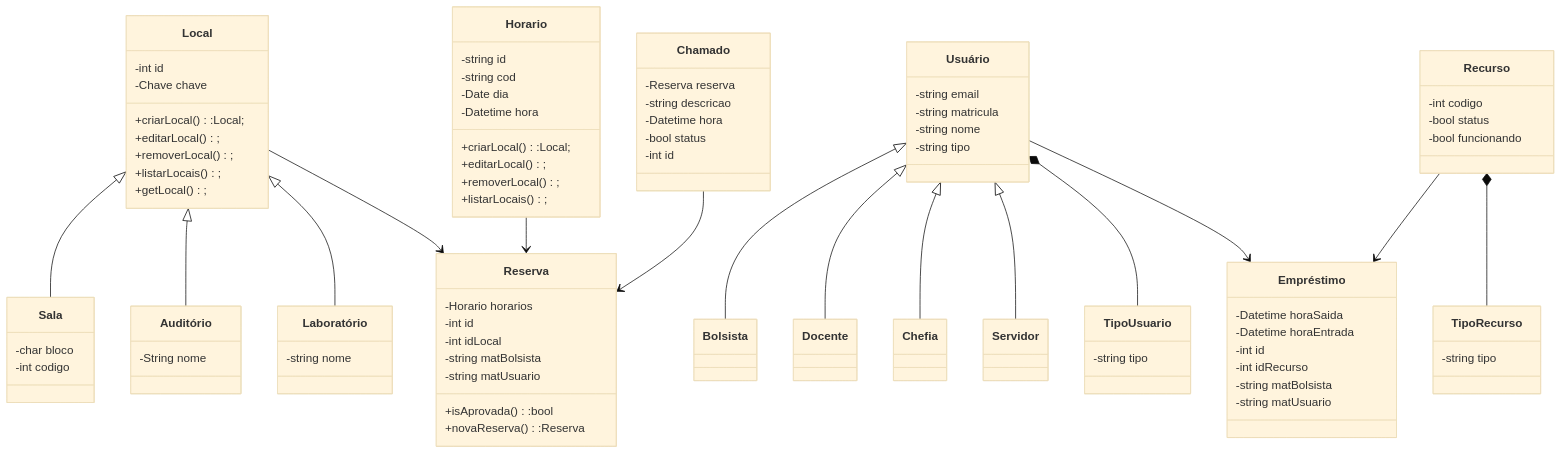
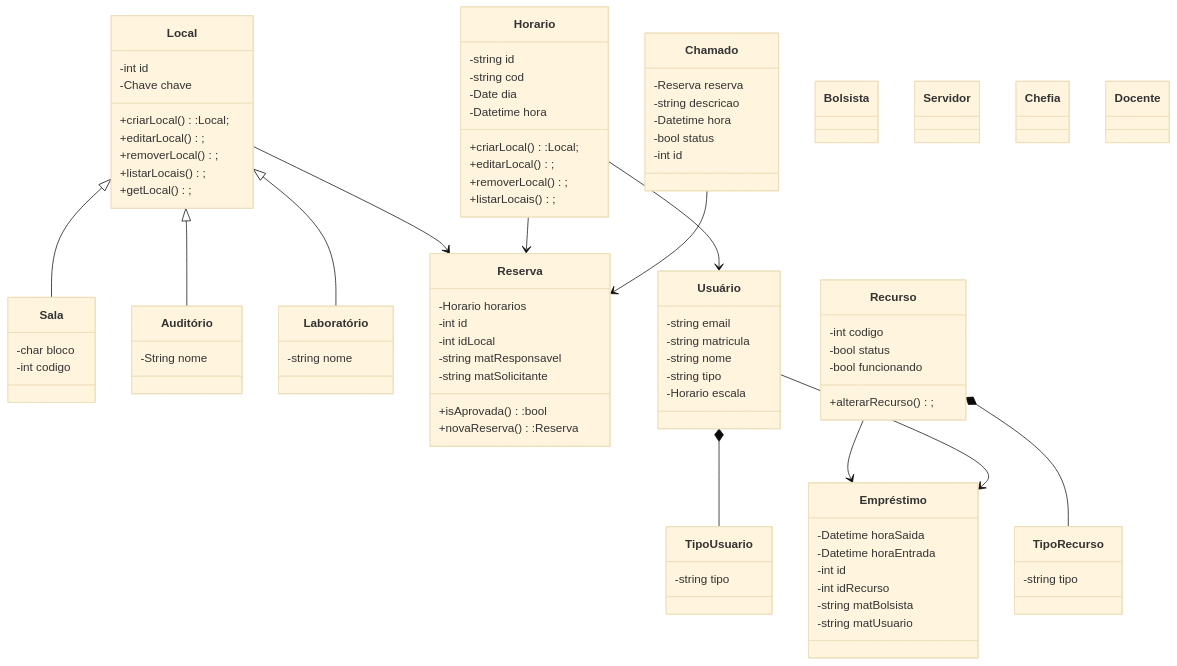
The diagram in docs/diagramadeclasse.md (tgo-mas/SIGApoio), drawn with Mermaid (base theme) before and after one commit.

Commit message:
atualização diagramadeclasse

```diff
--- a/docs/diagramadeclasse.md
+++ b/docs/diagramadeclasse.md
@@ -5,22 +5,28 @@
     Local <|-- Auditório
     Local <|-- Laboratório
 
-    Usuário <|-- Bolsista
-    Usuário <|-- Docente
-    Usuário <|-- Chefia
-    Usuário <|-- Servidor
+    %% Reserva <|-- Usuário
+    %% Usuário <|-- Bolsista
+    %% Usuário <|-- Docente
+    %% Usuário <|-- Chefia
+    %% Usuário <|-- Servidor
+
 
 
 
     Local --> Reserva
     Horario --> Reserva
+
     Chamado --> Reserva
+    Horario --> Usuário
 
     Recurso *-- TipoRecurso
     Usuário *-- TipoUsuario
 
+
+    Recurso --> Empréstimo
     Usuário --> Empréstimo
-    Recurso --> Empréstimo
+
 
     class Local{
         -int id
@@ -45,8 +51,8 @@
         -Horario horarios
         -int id
         -int idLocal
-        -string matBolsista
-        -string matUsuario
+        -string matResponsavel
+        -string matSolicitante
         +isAprovada():bool
         +novaReserva():Reserva
     }
@@ -64,6 +70,7 @@
         -int codigo
         -bool status
         -bool funcionando
+        +alterarRecurso();
     }
     class TipoRecurso{
         -string tipo
@@ -73,6 +80,8 @@
         -string matricula
         -string nome
         -string tipo
+        -Horario escala
+
     }
     class TipoUsuario{
         -string tipo
@@ -94,6 +103,7 @@
     }
     class Bolsista{
 
+
     }
     class Servidor{
 
```
